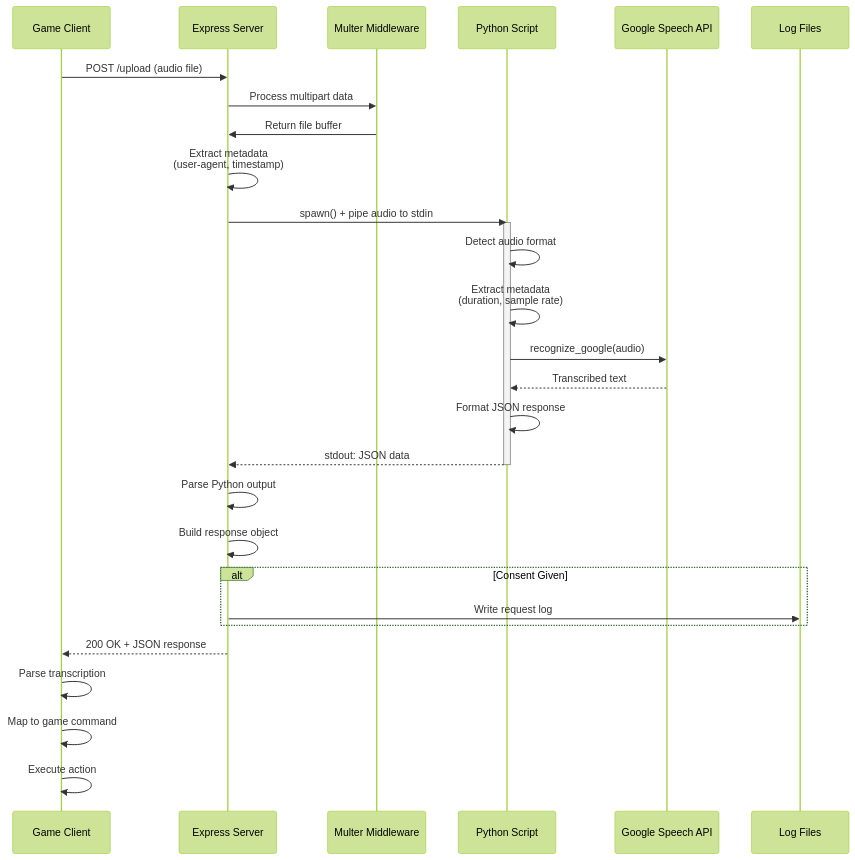
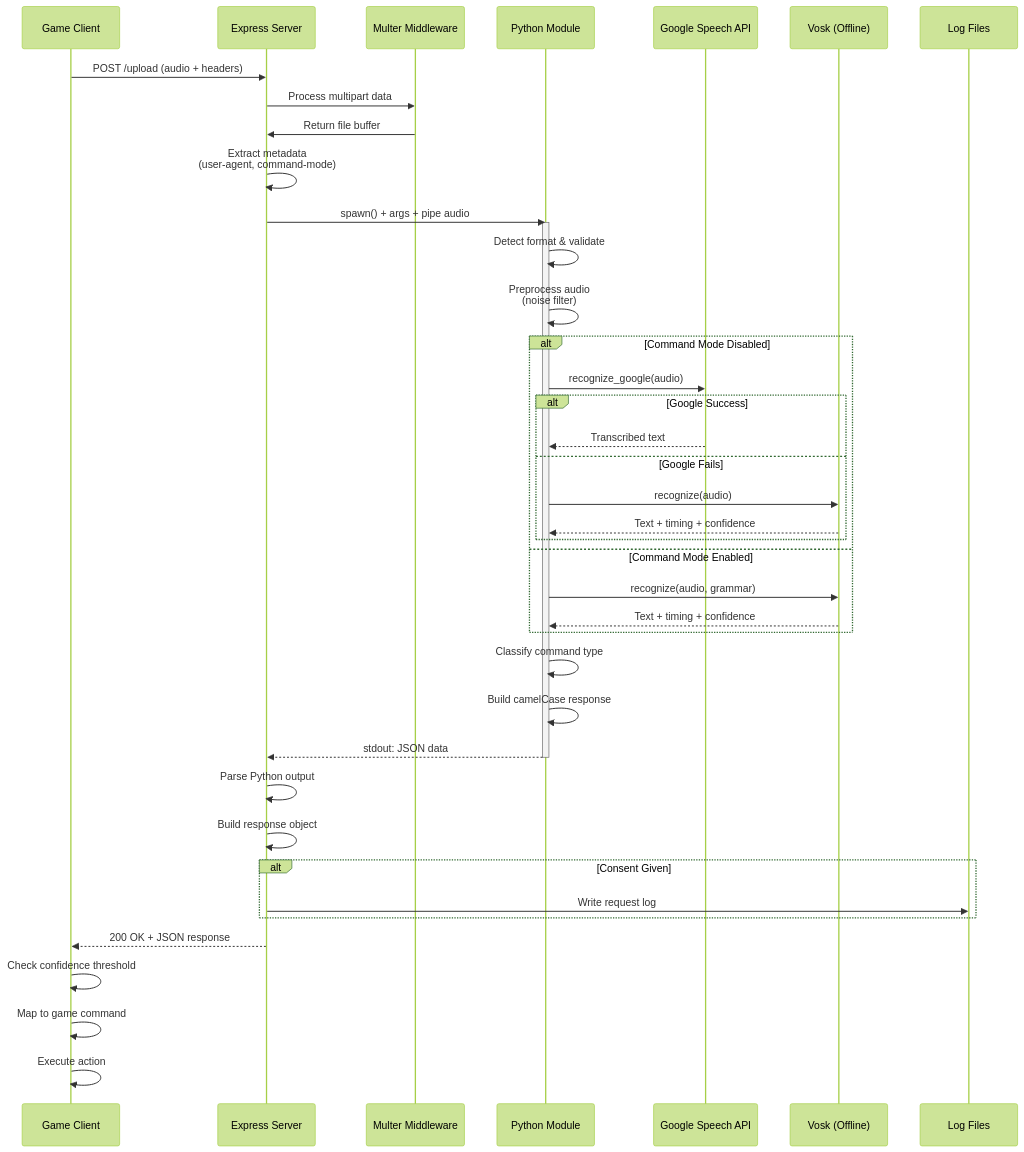
The first of 7 diagrams in documentation/docs/system-architecture/design.md (Capstone-Projects-2025-Fall/project-002-aac-api), drawn with Mermaid (forest theme) before and after one commit. The commit also changed other lines of this file, not shown here.

First line of the commit message:
updated design architecture

````diff
--- a/documentation/docs/system-architecture/design.md
+++ b/documentation/docs/system-architecture/design.md
@@ -213,36 +368,50 @@
 ```mermaid
 sequenceDiagram
     participant Client as Game Client
     participant Express as Express Server
     participant Multer as Multer Middleware
-    participant Python as Python Script
+    participant Python as Python Module
     participant Google as Google Speech API
+    participant Vosk as Vosk (Offline)
     participant Logs as Log Files
     
-    Client->>Express: POST /upload (audio file)
+    Client->>Express: POST /upload (audio + headers)
     Express->>Multer: Process multipart data
     Multer->>Express: Return file buffer
-    Express->>Express: Extract metadata<br/>(user-agent, timestamp)
-    Express->>Python: spawn() + pipe audio to stdin
+    Express->>Express: Extract metadata<br/>(user-agent, command-mode)
+    Express->>Python: spawn() + args + pipe audio
     
     activate Python
-    Python->>Python: Detect audio format
-    Python->>Python: Extract metadata<br/>(duration, sample rate)
-    Python->>Google: recognize_google(audio)
-    Google-->>Python: Transcribed text
-    Python->>Python: Format JSON response
+    Python->>Python: Detect format & validate
+    Python->>Python: Preprocess audio<br/>(noise filter)
+    
+    alt Command Mode Disabled
+        Python->>Google: recognize_google(audio)
+        alt Google Success
+            Google-->>Python: Transcribed text
+        else Google Fails
+            Python->>Vosk: recognize(audio)
+            Vosk-->>Python: Text + timing + confidence
+        end
+    else Command Mode Enabled
+        Python->>Vosk: recognize(audio, grammar)
+        Vosk-->>Python: Text + timing + confidence
+    end
+    
+    Python->>Python: Classify command type
+    Python->>Python: Build camelCase response
     Python-->>Express: stdout: JSON data
     deactivate Python
     
     Express->>Express: Parse Python output
     Express->>Express: Build response object
     
     alt Consent Given
         Express->>Logs: Write request log
     end
     
     Express-->>Client: 200 OK + JSON response
-    Client->>Client: Parse transcription
+    Client->>Client: Check confidence threshold
     Client->>Client: Map to game command
     Client->>Client: Execute action
 ```
````
